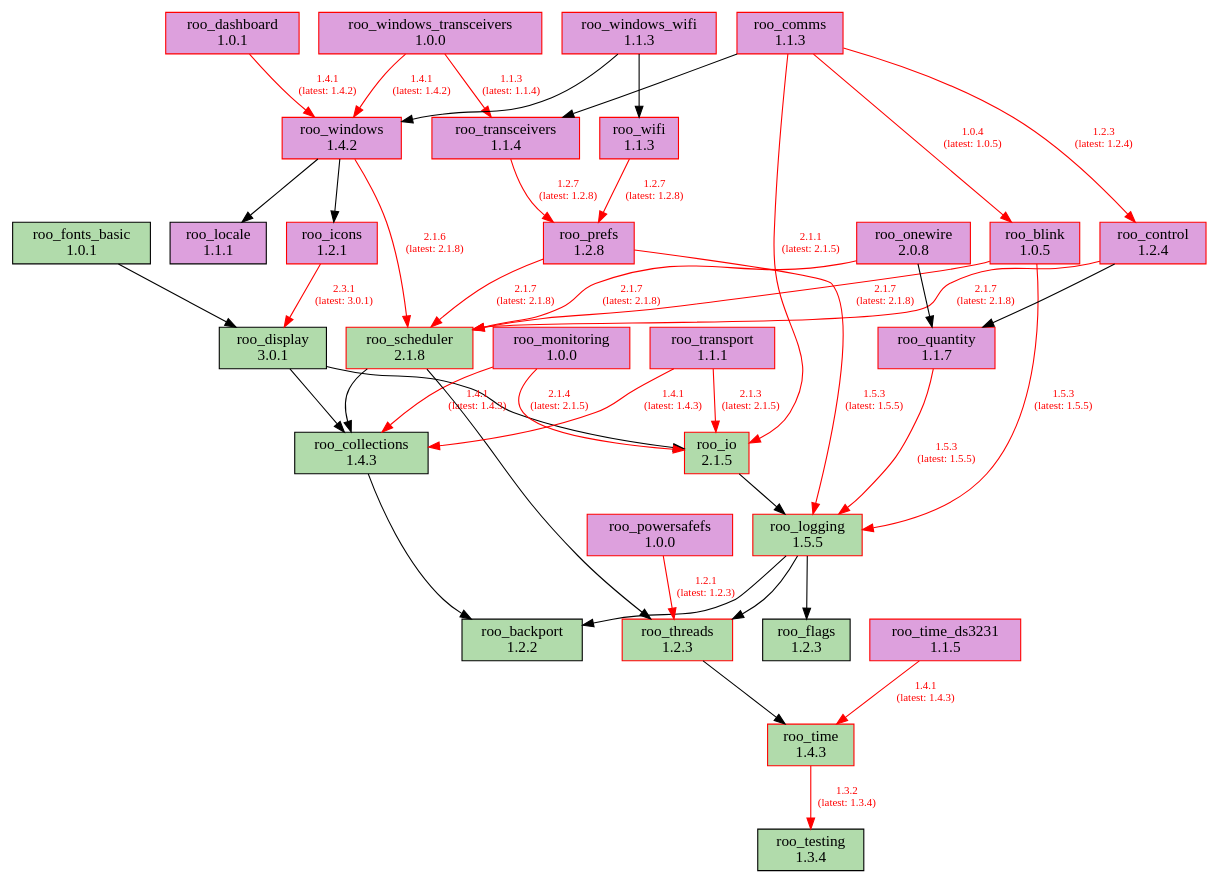
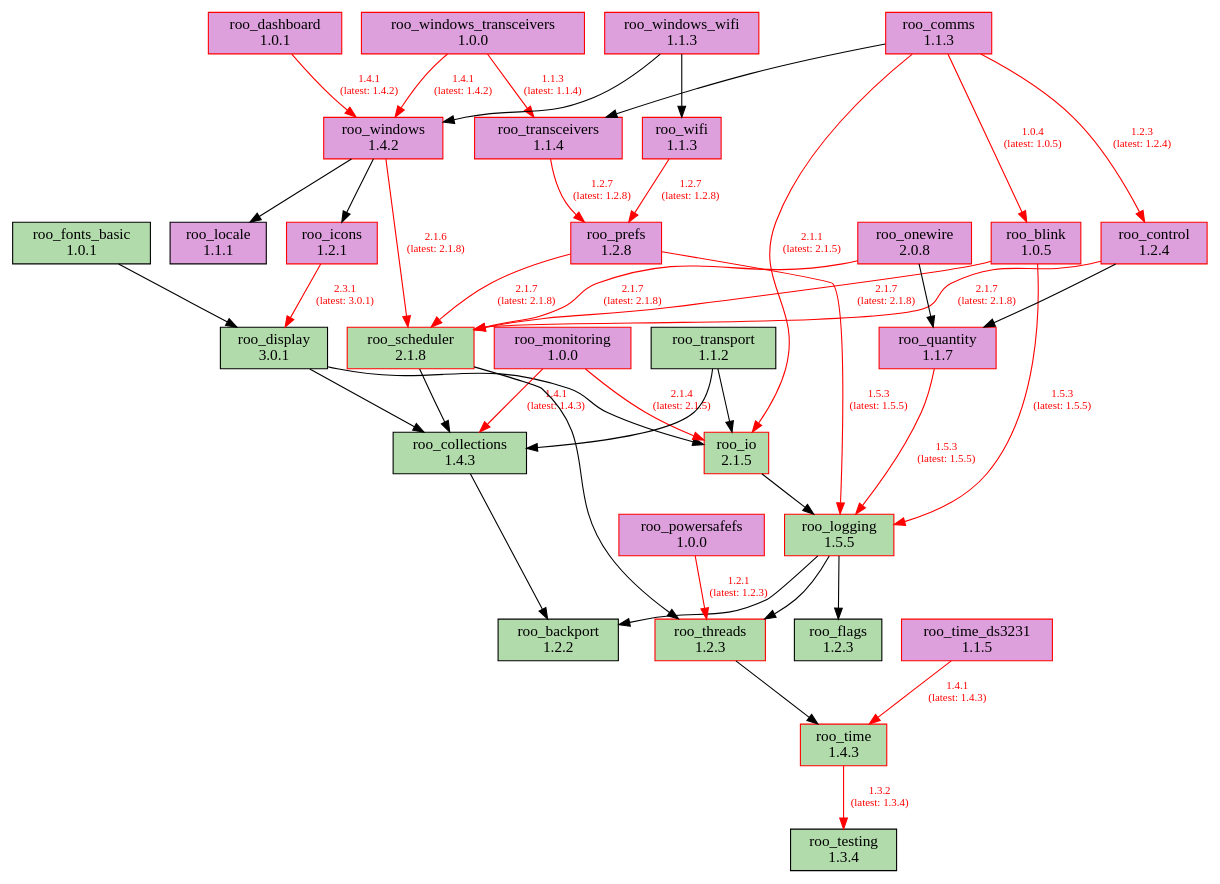
Before and after one commit to dejwk/roo-registry: the diagram in doc/dependencies.dot, drawn with Graphviz. The commit also changed 3 other files, not shown here.

Commit message:
Added roo_transport 1.1.2 to the registry.

```diff
--- a/doc/dependencies.dot
+++ b/doc/dependencies.dot
@@ -1,80 +1,80 @@
 digraph dependencies {
     rankdir=TB;
     node [shape=box, style=filled];
     edge [fontsize=10];
 
     // Modules
     "roo_backport" [label="roo_backport\n1.2.2", fillcolor="#b1dbab", color="black"];
     "roo_blink" [label="roo_blink\n1.0.5", fillcolor="plum", color="red"];
     "roo_collections" [label="roo_collections\n1.4.3", fillcolor="#b1dbab", color="black"];
     "roo_comms" [label="roo_comms\n1.1.3", fillcolor="plum", color="red"];
     "roo_control" [label="roo_control\n1.2.4", fillcolor="plum", color="red"];
     "roo_dashboard" [label="roo_dashboard\n1.0.1", fillcolor="plum", color="red"];
     "roo_display" [label="roo_display\n3.0.1", fillcolor="#b1dbab", color="black"];
     "roo_flags" [label="roo_flags\n1.2.3", fillcolor="#b1dbab", color="black"];
     "roo_fonts_basic" [label="roo_fonts_basic\n1.0.1", fillcolor="#b1dbab", color="black"];
     "roo_icons" [label="roo_icons\n1.2.1", fillcolor="plum", color="red"];
     "roo_io" [label="roo_io\n2.1.5", fillcolor="#b1dbab", color="red"];
     "roo_locale" [label="roo_locale\n1.1.1", fillcolor="plum", color="black"];
     "roo_logging" [label="roo_logging\n1.5.5", fillcolor="#b1dbab", color="red"];
     "roo_monitoring" [label="roo_monitoring\n1.0.0", fillcolor="plum", color="red"];
     "roo_onewire" [label="roo_onewire\n2.0.8", fillcolor="plum", color="red"];
     "roo_powersafefs" [label="roo_powersafefs\n1.0.0", fillcolor="plum", color="red"];
     "roo_prefs" [label="roo_prefs\n1.2.8", fillcolor="plum", color="red"];
     "roo_quantity" [label="roo_quantity\n1.1.7", fillcolor="plum", color="red"];
     "roo_scheduler" [label="roo_scheduler\n2.1.8", fillcolor="#b1dbab", color="red"];
     "roo_testing" [label="roo_testing\n1.3.4", fillcolor="#b1dbab", color="black"];
     "roo_threads" [label="roo_threads\n1.2.3", fillcolor="#b1dbab", color="red"];
     "roo_time" [label="roo_time\n1.4.3", fillcolor="#b1dbab", color="red"];
     "roo_time_ds3231" [label="roo_time_ds3231\n1.1.5", fillcolor="plum", color="red"];
     "roo_transceivers" [label="roo_transceivers\n1.1.4", fillcolor="plum", color="red"];
-    "roo_transport" [label="roo_transport\n1.1.1", fillcolor="plum", color="red"];
+    "roo_transport" [label="roo_transport\n1.1.2", fillcolor="#b1dbab", color="black"];
     "roo_wifi" [label="roo_wifi\n1.1.3", fillcolor="plum", color="red"];
     "roo_windows" [label="roo_windows\n1.4.2", fillcolor="plum", color="red"];
     "roo_windows_transceivers" [label="roo_windows_transceivers\n1.0.0", fillcolor="plum", color="red"];
     "roo_windows_wifi" [label="roo_windows_wifi\n1.1.3", fillcolor="plum", color="red"];
 
     // Dependencies
     "roo_blink" -> "roo_logging" [color=red, fontcolor=red, label="1.5.3\n(latest: 1.5.5)"];
     "roo_blink" -> "roo_scheduler" [color=red, fontcolor=red, label="2.1.7\n(latest: 2.1.8)"];
     "roo_collections" -> "roo_backport";
     "roo_comms" -> "roo_blink" [color=red, fontcolor=red, label="1.0.4\n(latest: 1.0.5)"];
     "roo_comms" -> "roo_control" [color=red, fontcolor=red, label="1.2.3\n(latest: 1.2.4)"];
     "roo_comms" -> "roo_io" [color=red, fontcolor=red, label="2.1.1\n(latest: 2.1.5)"];
     "roo_comms" -> "roo_transceivers";
     "roo_control" -> "roo_quantity";
     "roo_control" -> "roo_scheduler" [color=red, fontcolor=red, label="2.1.7\n(latest: 2.1.8)"];
     "roo_dashboard" -> "roo_windows" [color=red, fontcolor=red, label="1.4.1\n(latest: 1.4.2)"];
     "roo_display" -> "roo_collections";
     "roo_display" -> "roo_io";
     "roo_fonts_basic" -> "roo_display";
     "roo_icons" -> "roo_display" [color=red, fontcolor=red, label="2.3.1\n(latest: 3.0.1)"];
     "roo_io" -> "roo_logging";
     "roo_logging" -> "roo_backport";
     "roo_logging" -> "roo_flags";
     "roo_logging" -> "roo_threads";
     "roo_monitoring" -> "roo_collections" [color=red, fontcolor=red, label="1.4.1\n(latest: 1.4.3)"];
     "roo_monitoring" -> "roo_io" [color=red, fontcolor=red, label="2.1.4\n(latest: 2.1.5)"];
     "roo_onewire" -> "roo_scheduler" [color=red, fontcolor=red, label="2.1.7\n(latest: 2.1.8)"];
     "roo_onewire" -> "roo_quantity";
     "roo_powersafefs" -> "roo_threads" [color=red, fontcolor=red, label="1.2.1\n(latest: 1.2.3)"];
     "roo_prefs" -> "roo_logging" [color=red, fontcolor=red, label="1.5.3\n(latest: 1.5.5)"];
     "roo_prefs" -> "roo_scheduler" [color=red, fontcolor=red, label="2.1.7\n(latest: 2.1.8)"];
     "roo_quantity" -> "roo_logging" [color=red, fontcolor=red, label="1.5.3\n(latest: 1.5.5)"];
     "roo_scheduler" -> "roo_collections";
     "roo_scheduler" -> "roo_threads";
     "roo_threads" -> "roo_time";
     "roo_time" -> "roo_testing" [color=red, fontcolor=red, label="1.3.2\n(latest: 1.3.4)"];
     "roo_time_ds3231" -> "roo_time" [color=red, fontcolor=red, label="1.4.1\n(latest: 1.4.3)"];
     "roo_transceivers" -> "roo_prefs" [color=red, fontcolor=red, label="1.2.7\n(latest: 1.2.8)"];
-    "roo_transport" -> "roo_collections" [color=red, fontcolor=red, label="1.4.1\n(latest: 1.4.3)"];
-    "roo_transport" -> "roo_io" [color=red, fontcolor=red, label="2.1.3\n(latest: 2.1.5)"];
+    "roo_transport" -> "roo_collections";
+    "roo_transport" -> "roo_io";
     "roo_wifi" -> "roo_prefs" [color=red, fontcolor=red, label="1.2.7\n(latest: 1.2.8)"];
     "roo_windows" -> "roo_locale";
     "roo_windows" -> "roo_icons";
     "roo_windows" -> "roo_scheduler" [color=red, fontcolor=red, label="2.1.6\n(latest: 2.1.8)"];
     "roo_windows_transceivers" -> "roo_transceivers" [color=red, fontcolor=red, label="1.1.3\n(latest: 1.1.4)"];
     "roo_windows_transceivers" -> "roo_windows" [color=red, fontcolor=red, label="1.4.1\n(latest: 1.4.2)"];
     "roo_windows_wifi" -> "roo_wifi";
     "roo_windows_wifi" -> "roo_windows";
 }
```
